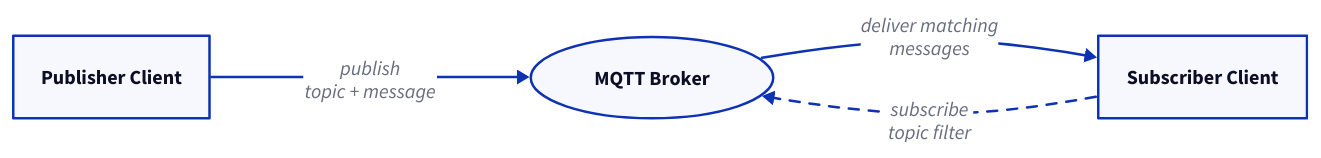
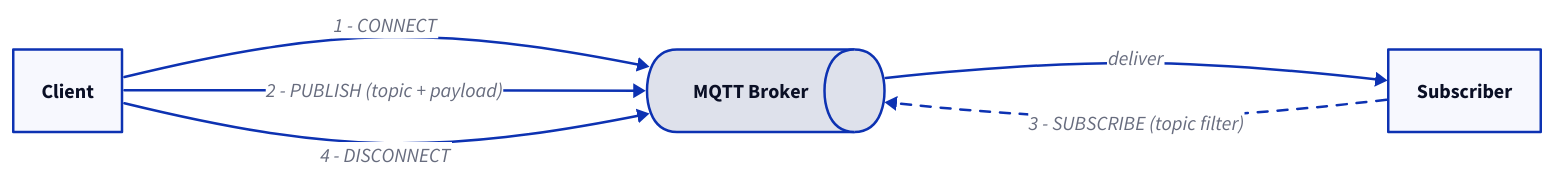
One commit to admiral-ai/zebra-handheld-rfid-iotc changed the second of 2 diagrams in docs/foundations/mqtt-primer.md. Above: the diagram before and after it, drawn with D2. The commit also changed other lines of this file and 40 other files, not shown here.

First line of the commit message:
Redesign all 54 D2 diagrams to a unified visual system

````diff
--- a/docs/foundations/mqtt-primer.md
+++ b/docs/foundations/mqtt-primer.md
@@ -48,9 +50,12 @@
 ```d2
 direction: right
-P: Publisher Client
-B: MQTT Broker { shape: oval }
-S: Subscriber Client
-P -> B: "publish\ntopic + message"
-S -> B: "subscribe\ntopic filter" { style.stroke-dash: 4 }
-B -> S: "deliver matching\nmessages"
+C: Client
+B: MQTT Broker { shape: queue }
+S: Subscriber
+C -> B: "1 - CONNECT"
+C -> B: "2 - PUBLISH (topic + payload)"
+S -> B: "3 - SUBSCRIBE (topic filter)" { style.stroke-dash: 4 }
+B -> S: deliver
+C -> B: "4 - DISCONNECT"
+
 ```
````
